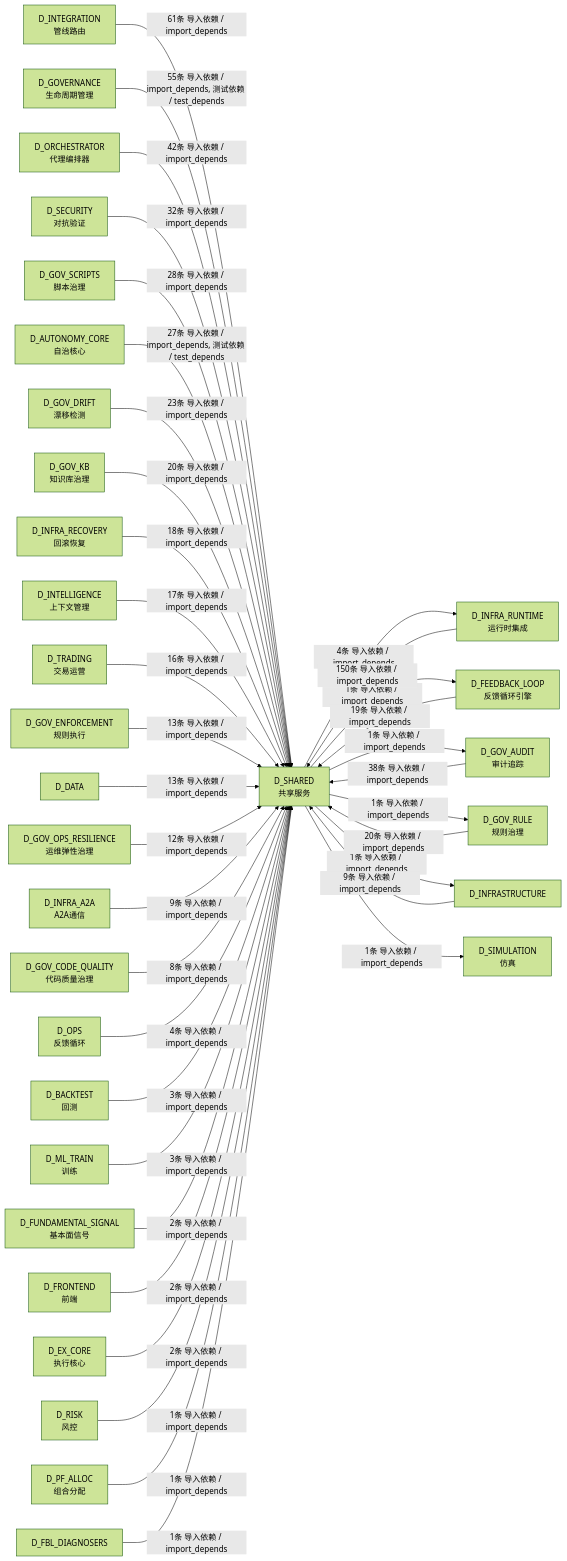
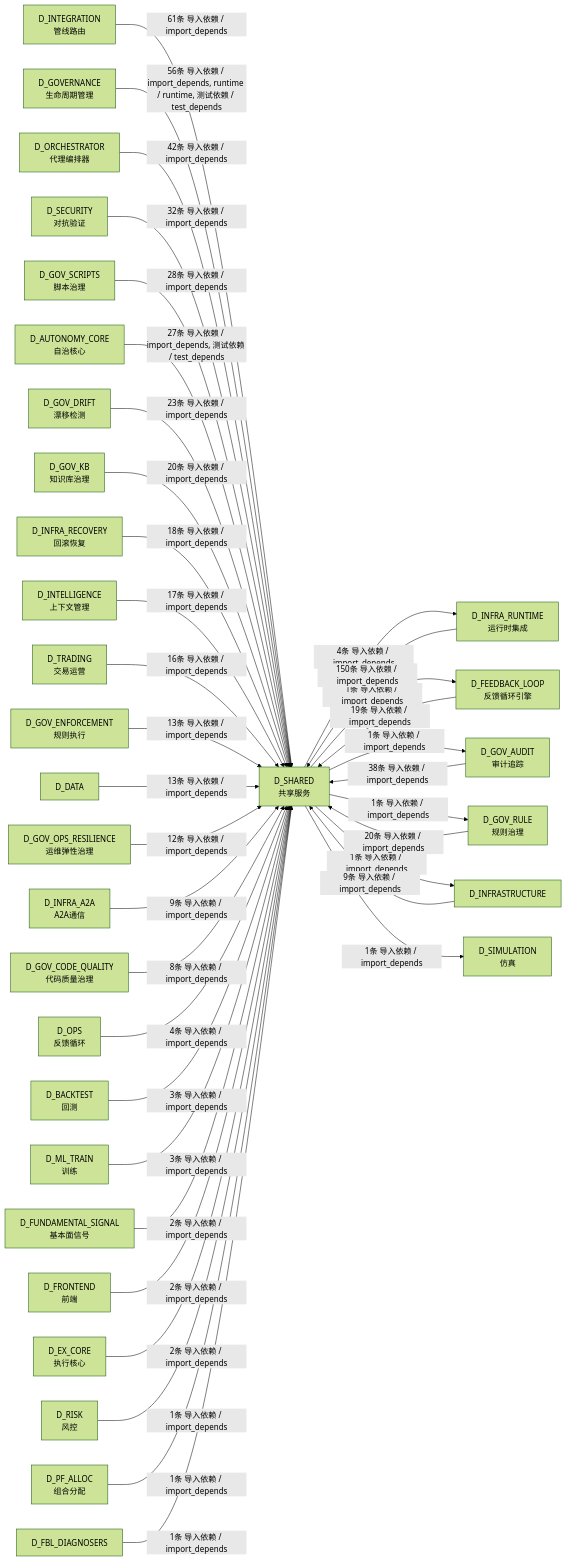
One commit to xuanFelixVan/ZephyrAlpha changed the tenth of 10 diagrams in docs/02_enterprise_architecture/02_domain_architecture_docs/26_d_shared.md. Above: the diagram before and after it, drawn with Mermaid (forest theme). The commit also changed other lines of this file and 80 other files, not shown here.

````diff
--- a/docs/02_enterprise_architecture/02_domain_architecture_docs/26_d_shared.md
+++ b/docs/02_enterprise_architecture/02_domain_architecture_docs/26_d_shared.md
@@ -1742,71 +1743,71 @@
 ```mermaid
 graph LR
     D_SHARED["D_SHARED<br/>共享服务"]
     D_INFRA_RUNTIME["D_INFRA_RUNTIME<br/>运行时集成"]
     D_FEEDBACK_LOOP["D_FEEDBACK_LOOP<br/>反馈循环引擎"]
     D_GOV_AUDIT["D_GOV_AUDIT<br/>审计追踪"]
     D_GOV_RULE["D_GOV_RULE<br/>规则治理"]
     D_INFRASTRUCTURE["D_INFRASTRUCTURE"]
     D_SIMULATION["D_SIMULATION<br/>仿真"]
     D_INTEGRATION["D_INTEGRATION<br/>管线路由"]
     D_GOVERNANCE["D_GOVERNANCE<br/>生命周期管理"]
     D_ORCHESTRATOR["D_ORCHESTRATOR<br/>代理编排器"]
     D_SECURITY["D_SECURITY<br/>对抗验证"]
     D_GOV_SCRIPTS["D_GOV_SCRIPTS<br/>脚本治理"]
     D_AUTONOMY_CORE["D_AUTONOMY_CORE<br/>自治核心"]
     D_GOV_DRIFT["D_GOV_DRIFT<br/>漂移检测"]
     D_GOV_KB["D_GOV_KB<br/>知识库治理"]
     D_INFRA_RECOVERY["D_INFRA_RECOVERY<br/>回滚恢复"]
     D_INTELLIGENCE["D_INTELLIGENCE<br/>上下文管理"]
     D_TRADING["D_TRADING<br/>交易运营"]
     D_GOV_ENFORCEMENT["D_GOV_ENFORCEMENT<br/>规则执行"]
     D_DATA["D_DATA"]
     D_GOV_OPS_RESILIENCE["D_GOV_OPS_RESILIENCE<br/>运维弹性治理"]
     D_INFRA_A2A["D_INFRA_A2A<br/>A2A通信"]
     D_GOV_CODE_QUALITY["D_GOV_CODE_QUALITY<br/>代码质量治理"]
     D_OPS["D_OPS<br/>反馈循环"]
     D_BACKTEST["D_BACKTEST<br/>回测"]
     D_ML_TRAIN["D_ML_TRAIN<br/>训练"]
     D_FUNDAMENTAL_SIGNAL["D_FUNDAMENTAL_SIGNAL<br/>基本面信号"]
     D_FRONTEND["D_FRONTEND<br/>前端"]
     D_EX_CORE["D_EX_CORE<br/>执行核心"]
     D_RISK["D_RISK<br/>风控"]
     D_PF_ALLOC["D_PF_ALLOC<br/>组合分配"]
     D_FBL_DIAGNOSERS["D_FBL_DIAGNOSERS"]
     D_SHARED -->|4条 导入依赖 / import_depends| D_INFRA_RUNTIME
     D_SHARED -->|1条 导入依赖 / import_depends| D_FEEDBACK_LOOP
     D_SHARED -->|1条 导入依赖 / import_depends| D_GOV_AUDIT
     D_SHARED -->|1条 导入依赖 / import_depends| D_GOV_RULE
     D_SHARED -->|1条 导入依赖 / import_depends| D_INFRASTRUCTURE
     D_SHARED -->|1条 导入依赖 / import_depends| D_SIMULATION
     D_INFRA_RUNTIME -->|150条 导入依赖 / import_depends| D_SHARED
     D_INTEGRATION -->|61条 导入依赖 / import_depends| D_SHARED
-    D_GOVERNANCE -->|55条 导入依赖 / import_depends, 测试依赖 / test_depends| D_SHARED
+    D_GOVERNANCE -->|56条 导入依赖 / import_depends, runtime / runtime, 测试依赖 / test_depends| D_SHARED
     D_ORCHESTRATOR -->|42条 导入依赖 / import_depends| D_SHARED
     D_GOV_AUDIT -->|38条 导入依赖 / import_depends| D_SHARED
     D_SECURITY -->|32条 导入依赖 / import_depends| D_SHARED
     D_GOV_SCRIPTS -->|28条 导入依赖 / import_depends| D_SHARED
     D_AUTONOMY_CORE -->|27条 导入依赖 / import_depends, 测试依赖 / test_depends| D_SHARED
     D_GOV_DRIFT -->|23条 导入依赖 / import_depends| D_SHARED
     D_GOV_RULE -->|20条 导入依赖 / import_depends| D_SHARED
     D_GOV_KB -->|20条 导入依赖 / import_depends| D_SHARED
     D_FEEDBACK_LOOP -->|19条 导入依赖 / import_depends| D_SHARED
     D_INFRA_RECOVERY -->|18条 导入依赖 / import_depends| D_SHARED
     D_INTELLIGENCE -->|17条 导入依赖 / import_depends| D_SHARED
     D_TRADING -->|16条 导入依赖 / import_depends| D_SHARED
     D_GOV_ENFORCEMENT -->|13条 导入依赖 / import_depends| D_SHARED
     D_DATA -->|13条 导入依赖 / import_depends| D_SHARED
     D_GOV_OPS_RESILIENCE -->|12条 导入依赖 / import_depends| D_SHARED
     D_INFRASTRUCTURE -->|9条 导入依赖 / import_depends| D_SHARED
     D_INFRA_A2A -->|9条 导入依赖 / import_depends| D_SHARED
     D_GOV_CODE_QUALITY -->|8条 导入依赖 / import_depends| D_SHARED
     D_OPS -->|4条 导入依赖 / import_depends| D_SHARED
     D_BACKTEST -->|3条 导入依赖 / import_depends| D_SHARED
     D_ML_TRAIN -->|3条 导入依赖 / import_depends| D_SHARED
     D_FUNDAMENTAL_SIGNAL -->|2条 导入依赖 / import_depends| D_SHARED
     D_FRONTEND -->|2条 导入依赖 / import_depends| D_SHARED
     D_EX_CORE -->|2条 导入依赖 / import_depends| D_SHARED
     D_RISK -->|1条 导入依赖 / import_depends| D_SHARED
     D_PF_ALLOC -->|1条 导入依赖 / import_depends| D_SHARED
     D_FBL_DIAGNOSERS -->|1条 导入依赖 / import_depends| D_SHARED
 ```
````
